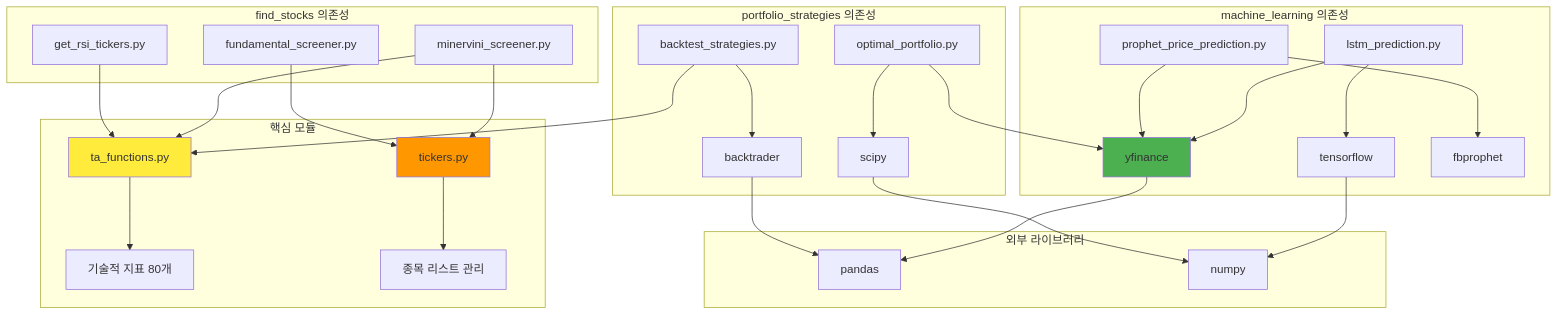
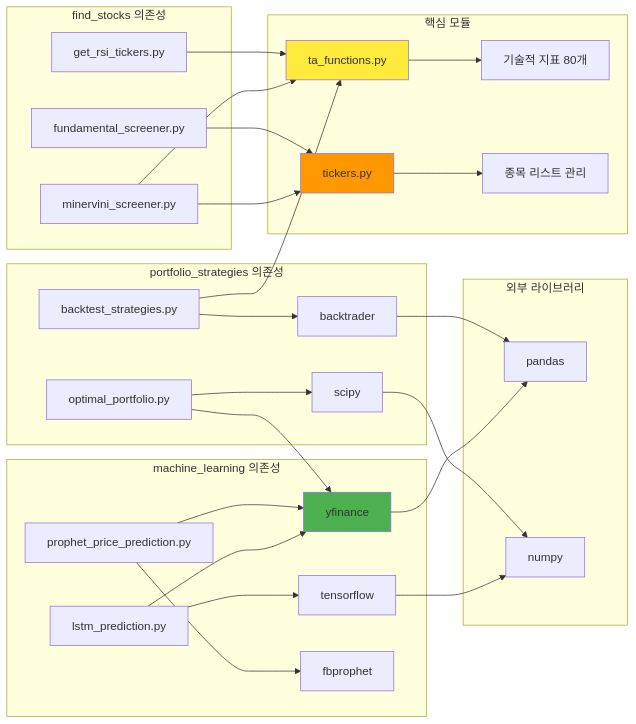
The seventh of 7 diagrams in report/Finance/report-claude-sonnet.md (gyuha/investment-open-source-analysis), drawn with Mermaid before and after one commit. The commit also changed 1 other file, not shown here.

Commit message:
Change graph orientation from TD to LR in report-claude-sonnet.md for improved readability of module dependencies

````diff
--- a/report/Finance/report-claude-sonnet.md
+++ b/report/Finance/report-claude-sonnet.md
@@ -680,39 +680,39 @@
 ```mermaid
-graph TD
+graph LR
     subgraph "핵심 모듈"
         A[ta_functions.py] --> B[기술적 지표 80개]
         C[tickers.py] --> D[종목 리스트 관리]
     end
 
     subgraph "find_stocks 의존성"
         E[minervini_screener.py] --> A
         E --> C
         F[fundamental_screener.py] --> C
         G[get_rsi_tickers.py] --> A
     end
 
     subgraph "machine_learning 의존성"
         H[lstm_prediction.py] --> I[yfinance]
         H --> J[tensorflow]
         K[prophet_price_prediction.py] --> I
         K --> L[fbprophet]
     end
 
     subgraph "portfolio_strategies 의존성"
         M[backtest_strategies.py] --> N[backtrader]
         M --> A
         O[optimal_portfolio.py] --> P[scipy]
         O --> I
     end
 
     subgraph "외부 라이브러리"
         I[yfinance] --> Q[pandas]
         N --> Q
         J --> R[numpy]
         P --> R
     end
 
     style A fill:#ffeb3b
     style C fill:#ff9800
     style I fill:#4caf50
 ```
````
